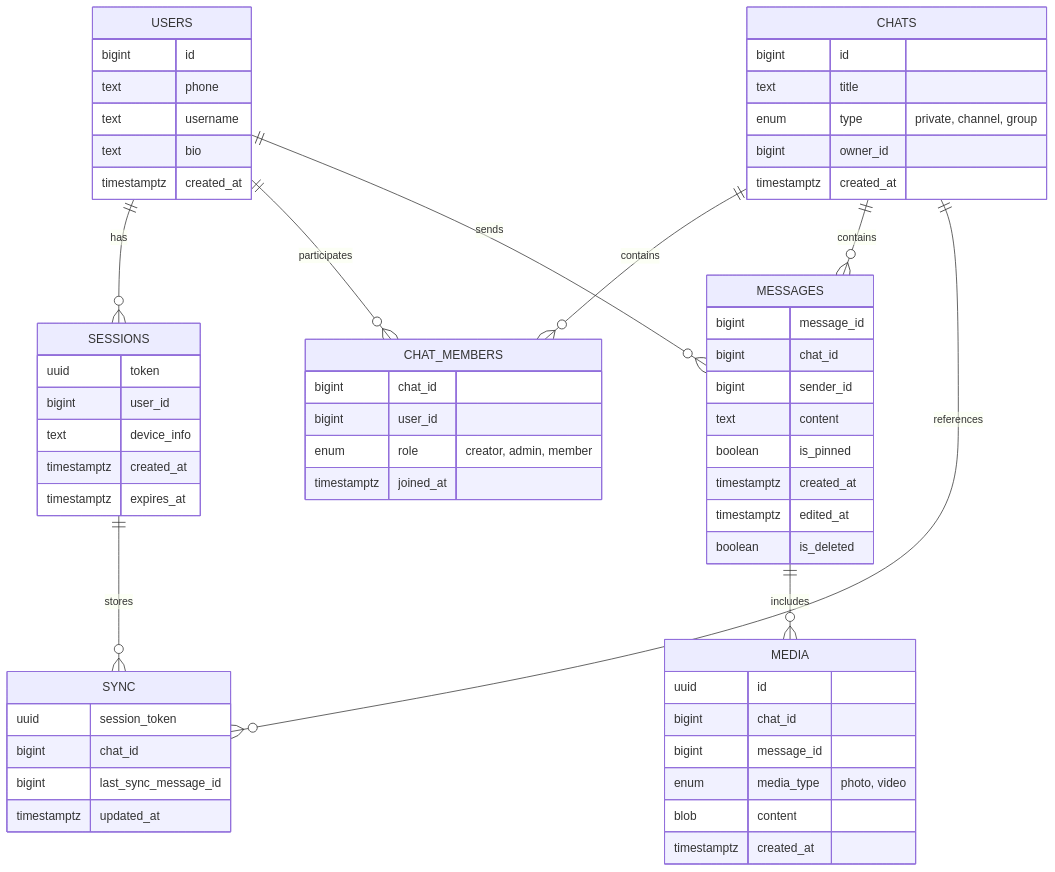
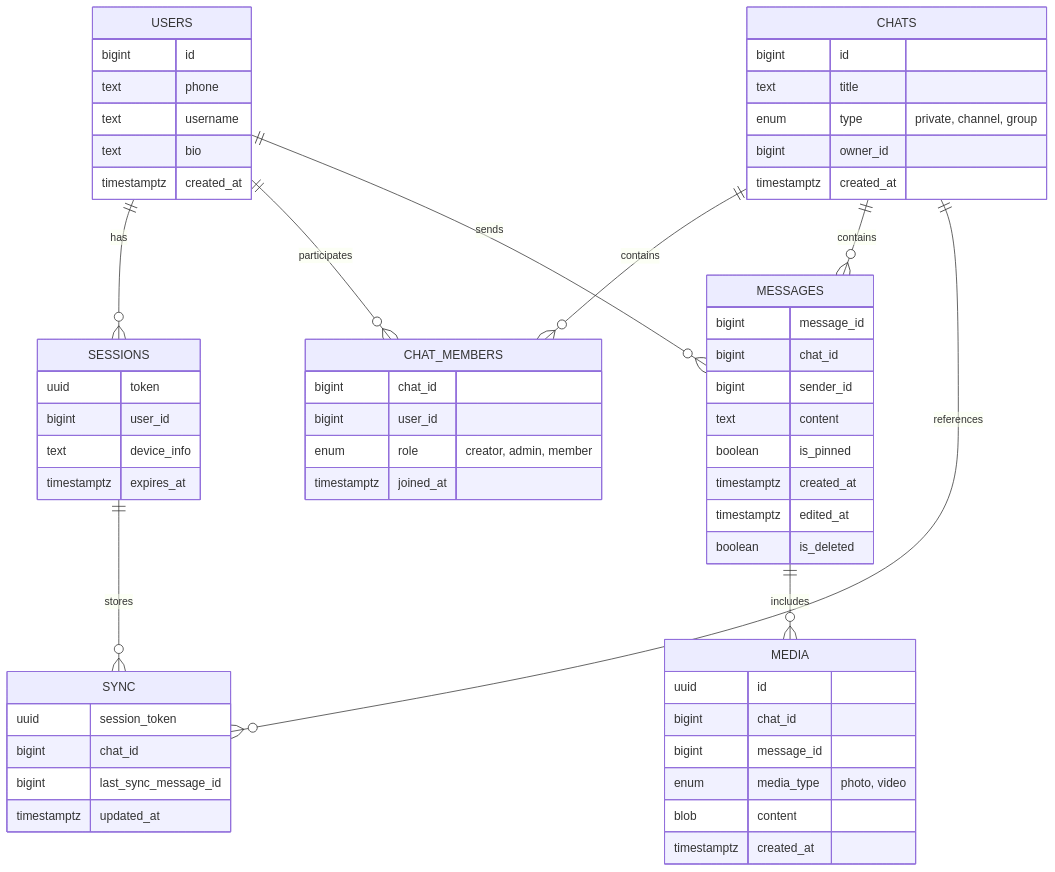
The first of 2 diagrams in README.md (Liza05444/VK_Education_Highload), drawn with Mermaid before and after one commit. The commit also changed other lines of this file, not shown here.

````diff
--- a/README.md
+++ b/README.md
@@ -252,69 +252,68 @@
 ```mermaid
 erDiagram
     USERS {
         bigint id
         text phone
         text username
         text bio
         timestamptz created_at
     }
 
     SESSIONS {
         uuid token
         bigint user_id
         text device_info
-        timestamptz created_at
         timestamptz expires_at
     }
 
     CHATS {
         bigint id
         text title
         enum type "private, channel, group"
         bigint owner_id
         timestamptz created_at
     }
 
     CHAT_MEMBERS {
         bigint chat_id
         bigint user_id
         enum role "creator, admin, member"
         timestamptz joined_at
     }
 
     MESSAGES {
         bigint message_id
         bigint chat_id
         bigint sender_id
         text content
         boolean is_pinned
         timestamptz created_at
         timestamptz edited_at
         boolean is_deleted
     }
 
     SYNC {
         uuid session_token
         bigint chat_id
         bigint last_sync_message_id
         timestamptz updated_at
     }
 
     MEDIA {
         uuid id
         bigint chat_id
         bigint message_id
         enum media_type "photo, video"
         blob content
         timestamptz created_at
     }
 
     USERS ||--o{ SESSIONS : has
     USERS ||--o{ CHAT_MEMBERS : participates
     CHATS ||--o{ CHAT_MEMBERS : contains
     CHATS ||--o{ MESSAGES : contains
     USERS ||--o{ MESSAGES : sends
     MESSAGES ||--o{ MEDIA : includes
     SESSIONS ||--o{ SYNC : stores
     CHATS ||--o{ SYNC : references
 ```
````
